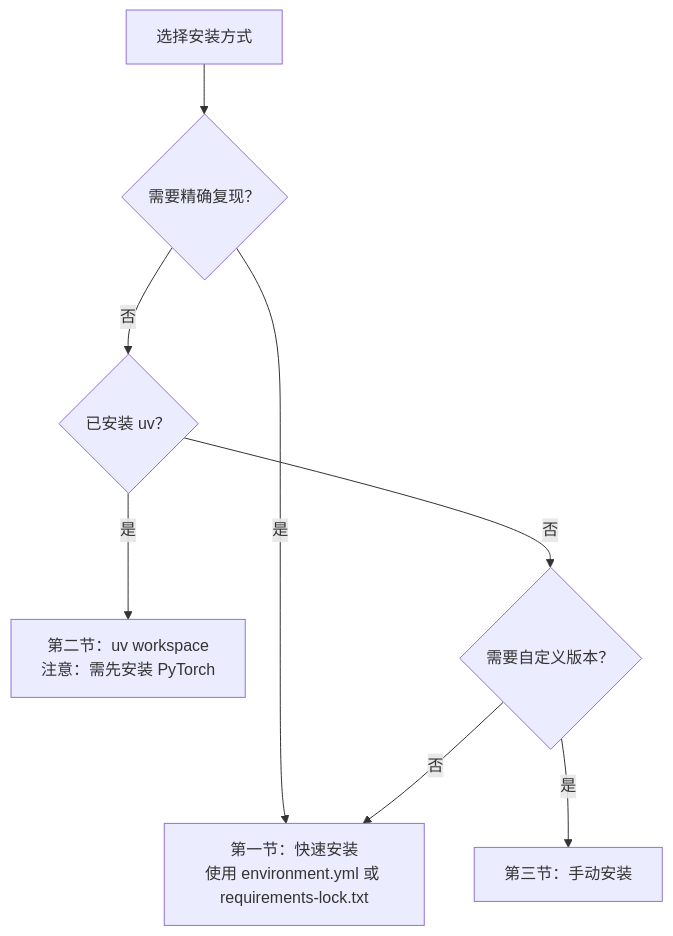
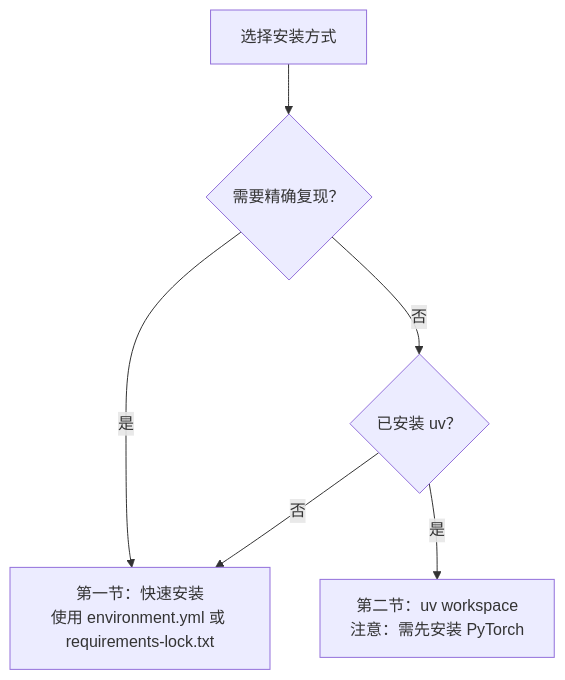
The diagram in docs/zh/getting-started/installation.md (EI-Nav/NavArena-Doc), drawn with Mermaid before and after one commit. The commit also changed other lines of this file and 3 other files, not shown here.

````diff
--- a/docs/zh/getting-started/installation.md
+++ b/docs/zh/getting-started/installation.md
@@ -25,10 +25,8 @@
 ```mermaid
 flowchart TD
     Start[选择安装方式] --> Q1{需要精确复现？}
     Q1 -->|是| Lock[第一节：快速安装\n使用 environment.yml 或 requirements-lock.txt]
     Q1 -->|否| Q2{已安装 uv？}
     Q2 -->|是| UV[第二节：uv workspace\n注意：需先安装 PyTorch]
-    Q2 -->|否| Q3{需要自定义版本？}
-    Q3 -->|是| Manual[第三节：手动安装]
-    Q3 -->|否| Lock
+    Q2 -->|否| Lock
 ```
````
